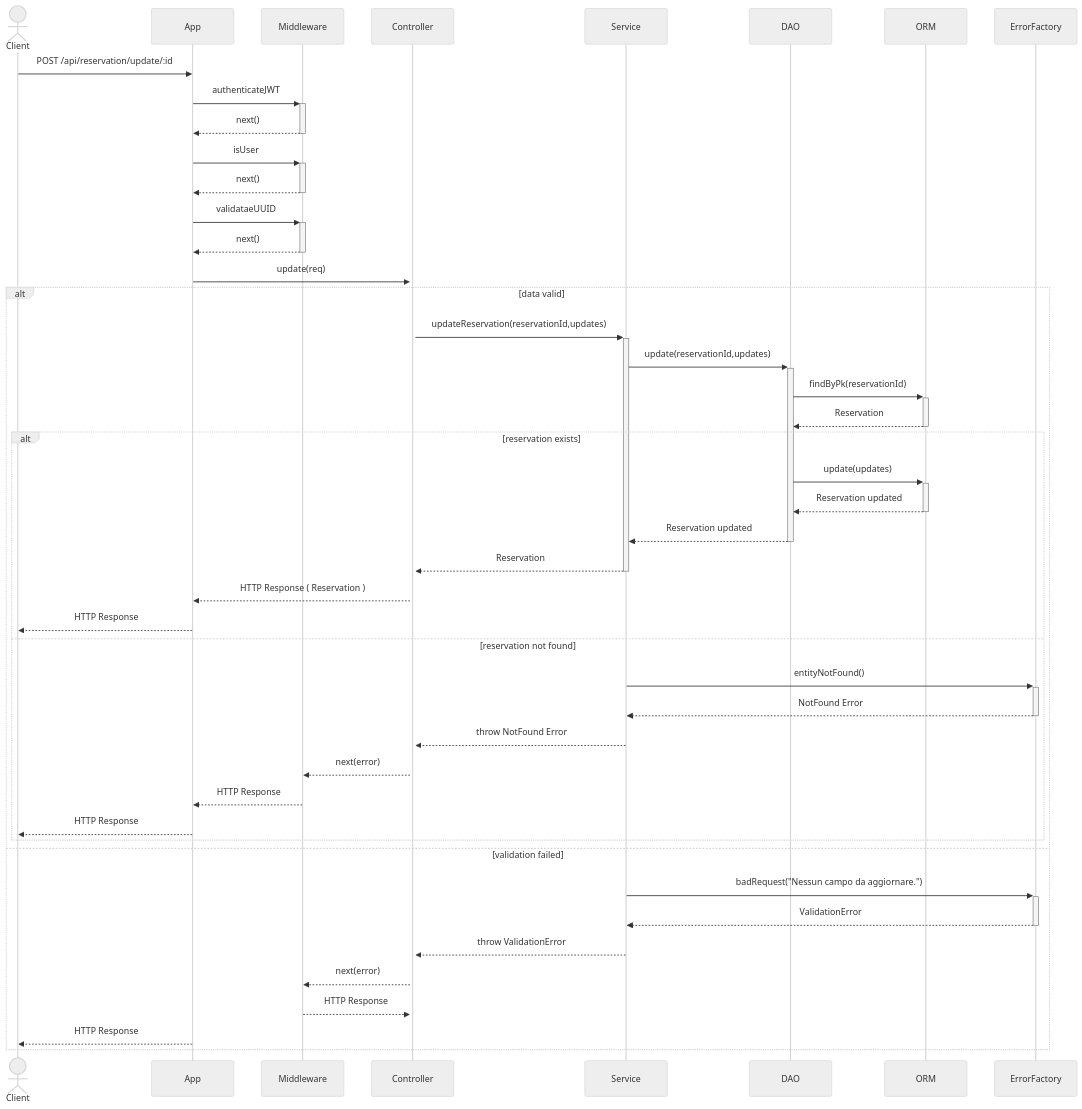
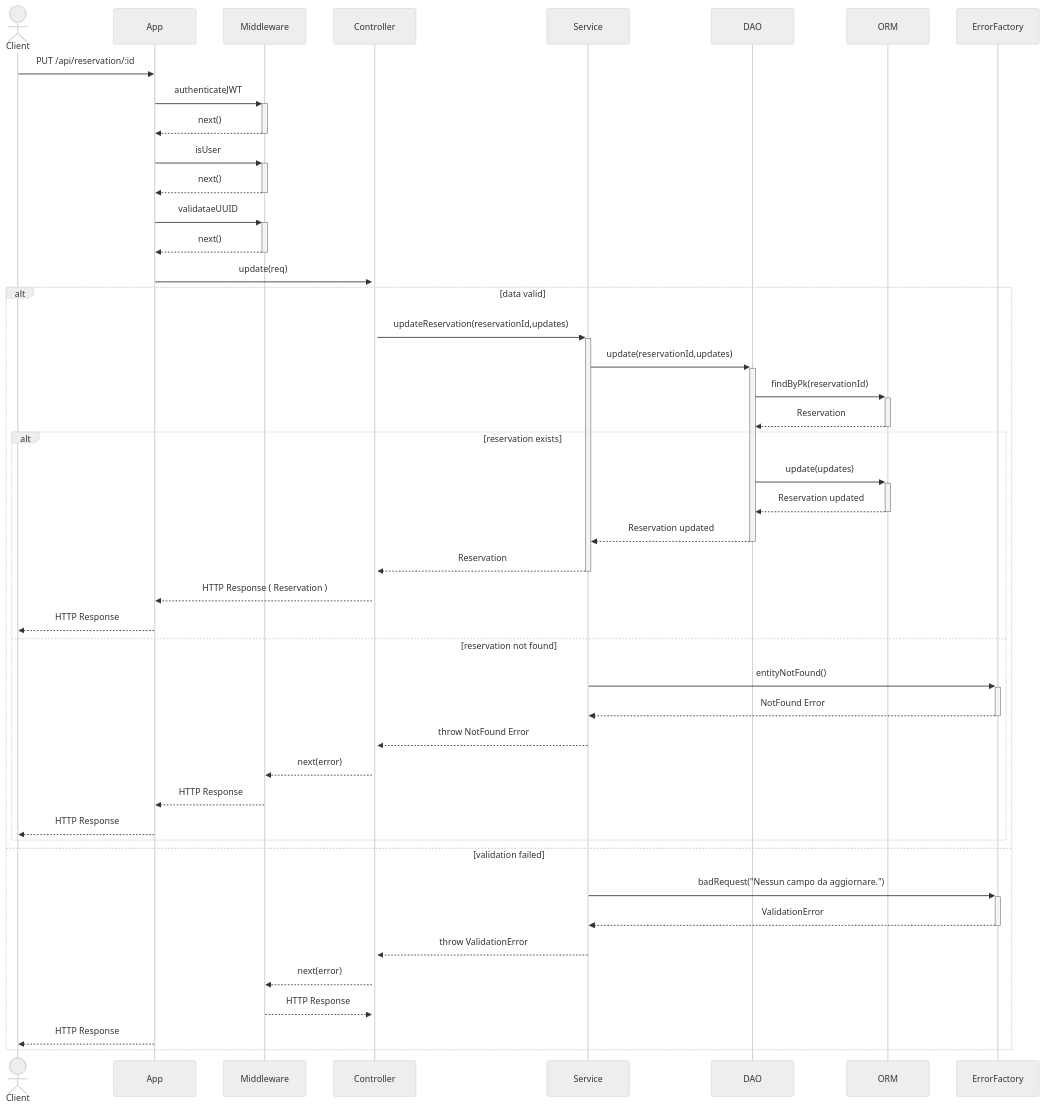
One commit to niccolociotti/parking_PA changed diagram 14 of 22 in README.md. Above: the diagram before and after it, drawn with Mermaid (neutral theme). The commit also changed other lines of this file, not shown here.

````diff
--- a/README.md
+++ b/README.md
@@ -827,49 +827,49 @@
 ```mermaid
 sequenceDiagram
     actor Client
     participant App
     participant Middleware
     participant Controller
     participant Service
     participant DAO
     participant ORM
     participant ErrorFactory
 
-    Client->>App: POST /api/reservation/update/:id
+    Client->>App: PUT /api/reservation/:id
     App->>+Middleware: authenticateJWT
     Middleware-->>-App: next()
     App->>+Middleware: isUser
     Middleware-->>-App: next()
     App->>+Middleware: validataeUUID
     Middleware-->>-App: next()
     App->>+Controller: update(req)
     alt data valid
     Controller->>+Service: updateReservation(reservationId,updates)
         Service->>+DAO: update(reservationId,updates)
         DAO->>+ORM: findByPk(reservationId)
         ORM-->>-DAO: Reservation
         alt reservation exists
         DAO->>+ORM: update(updates)
         ORM-->>-DAO: Reservation updated
             DAO-->>-Service: Reservation updated
             Service-->>-Controller: Reservation
             Controller-->>App: HTTP Response ( Reservation )
             App-->>Client: HTTP Response
             else reservation not found
                 Service->>+ErrorFactory: entityNotFound()
                 ErrorFactory-->>-Service: NotFound Error
                 Service-->>Controller: throw NotFound Error
                 Controller-->>Middleware: next(error)
                 Middleware-->>App: HTTP Response
                 App-->>Client: HTTP Response
                 end
     else validation failed
     Service->>+ErrorFactory: badRequest("Nessun campo da aggiornare.")
         ErrorFactory-->>-Service: ValidationError
         Service-->>Controller: throw ValidationError
         Controller-->>Middleware: next(error)
         Middleware-->>Controller: HTTP Response
         App-->>Client: HTTP Response
     end
 
 ```
````
